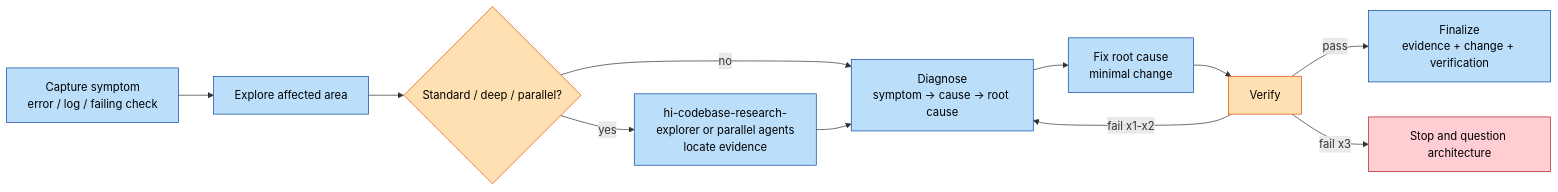
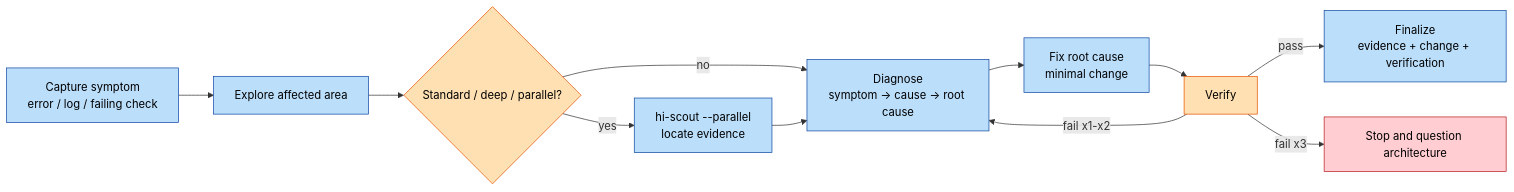
One commit to baka3k/dev-kit changed the second of 10 diagrams in devkit.md. Above: the diagram before and after it, drawn with Mermaid. The commit also changed other lines of this file and 62 other files, not shown here.

First line of the commit message:
refactor: replace hi-codebase-research-explorer with hi-scout across documentation and workflows

````diff
--- a/devkit.md
+++ b/devkit.md
@@ -118,20 +116,20 @@
 ```mermaid
 graph LR
     A["Capture symptom<br/>error / log / failing check"] --> B["Explore affected area"]
     B --> P{"Standard / deep / parallel?"}
     P -->|no| C["Diagnose<br/>symptom -> cause -> root cause"]
-    P -->|yes| X["hi-codebase-research-explorer or parallel agents<br/>locate evidence"]
+    P -->|yes| X["hi-scout --parallel<br/>locate evidence"]
     X --> C
     C --> D["Fix root cause<br/>minimal change"]
     D --> E["Verify"]
     E -->|pass| F["Finalize<br/>evidence + change + verification"]
     E -->|fail x1-x2| C
     E -->|fail x3| G["Stop and question architecture"]
 
     classDef step fill:#bbdefb,stroke:#0d47a1,color:#000
     classDef gate fill:#ffe0b2,stroke:#e65100,color:#000
     classDef fail fill:#ffcdd2,stroke:#b71c1c,color:#000
     class A,B,C,D,F,X step
     class P,E gate
     class G fail
 ```
````
